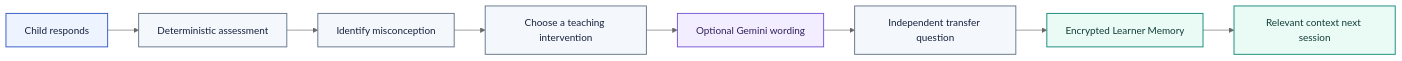
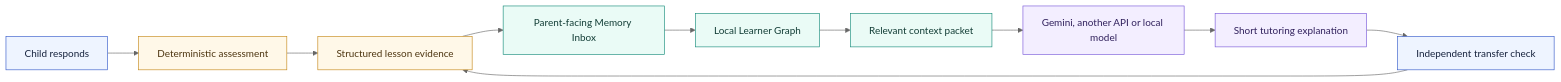
One commit to inbharatai/mindcarry changed the first of 4 diagrams in README.md. Above: the diagram before and after it, drawn with Mermaid (neutral theme). The commit also changed other lines of this file and 17 other files, not shown here.

First line of the commit message:
feat: add local Learner Memory Inbox and graph

````diff
--- a/README.md
+++ b/README.md
@@ -51,20 +50,22 @@
 ```mermaid
 flowchart LR
     CHILD[Child responds] --> ASSESS[Deterministic assessment]
-    ASSESS --> MISCONCEPTION[Identify misconception]
-    MISCONCEPTION --> INTERVENTION[Choose a teaching intervention]
-    INTERVENTION --> EXPLAIN[Optional Gemini wording]
-    EXPLAIN --> TRANSFER[Independent transfer question]
-    TRANSFER --> MEMORY[Encrypted Learner Memory]
-    MEMORY --> NEXT[Relevant context next session]
+    ASSESS --> EVIDENCE[Structured lesson evidence]
+    EVIDENCE --> INBOX[Parent-facing Memory Inbox]
+    INBOX --> GRAPH[Local Learner Graph]
+    GRAPH --> CONTEXT[Relevant context packet]
+    CONTEXT --> PROVIDER[Gemini, another API or local model]
+    PROVIDER --> TEACH[Short tutoring explanation]
+    TEACH --> TRANSFER[Independent transfer check]
+    TRANSFER --> EVIDENCE
 
-    classDef child fill:#EEF4FF,stroke:#3157C8,color:#17233E,stroke-width:1.5px;
-    classDef logic fill:#F4F7FB,stroke:#64748B,color:#17233E,stroke-width:1.5px;
-    classDef ai fill:#F3EEFF,stroke:#7655D8,color:#30205C,stroke-width:1.5px;
-    classDef memory fill:#EAFBF6,stroke:#138A78,color:#123D36,stroke-width:1.5px;
+    classDef child fill:#EEF4FF,stroke:#3157C8,color:#17233E;
+    classDef trusted fill:#FFF8E8,stroke:#C48716,color:#4D3510;
+    classDef memory fill:#EAFBF6,stroke:#138A78,color:#123D36;
+    classDef provider fill:#F3EEFF,stroke:#7655D8,color:#30205C;
 
-    class CHILD child;
-    class ASSESS,MISCONCEPTION,INTERVENTION,TRANSFER logic;
-    class EXPLAIN ai;
-    class MEMORY,NEXT memory;
+    class CHILD,TRANSFER child;
+    class ASSESS,EVIDENCE trusted;
+    class INBOX,GRAPH,CONTEXT memory;
+    class PROVIDER,TEACH provider;
 ```
````
